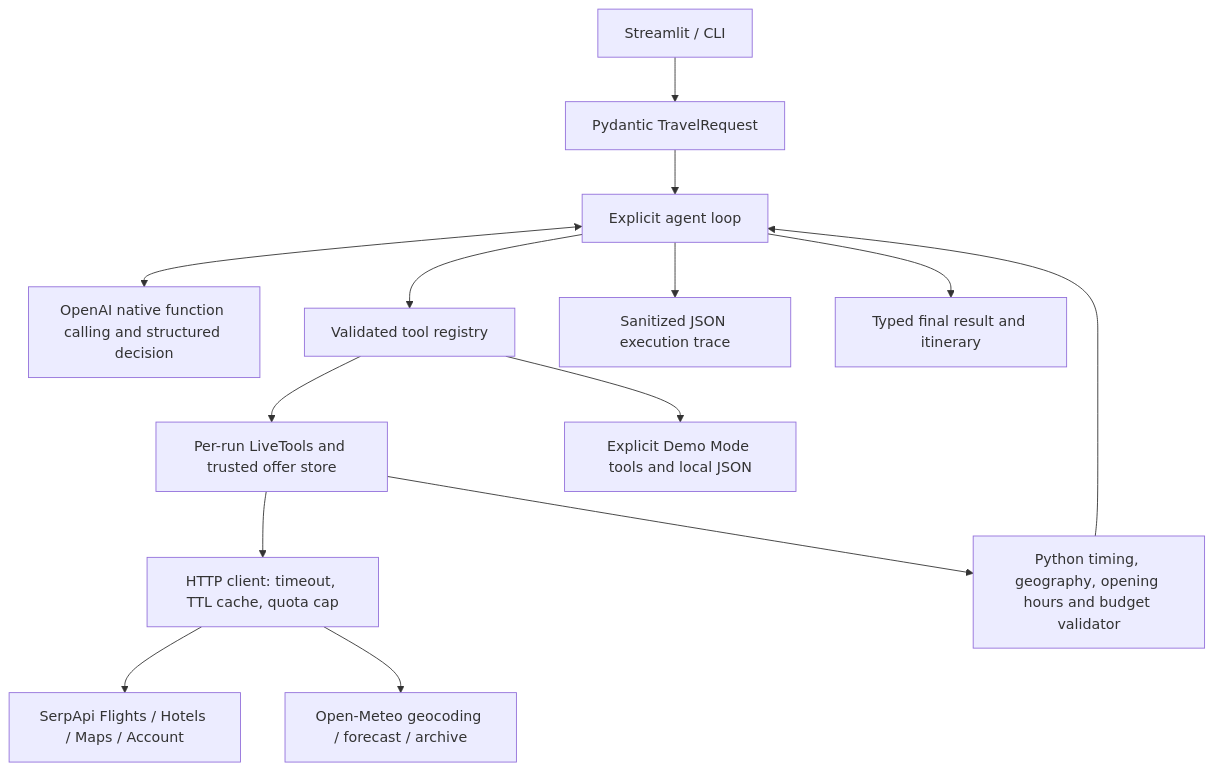
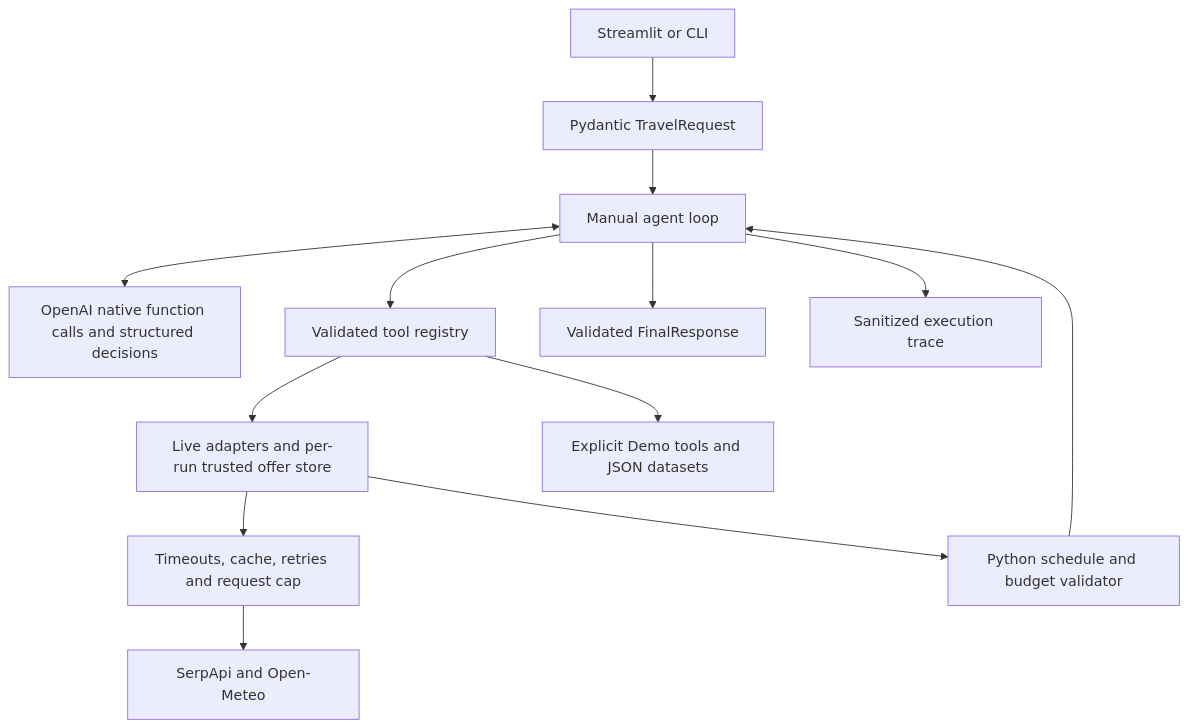
One commit to 02ionova/TripPilot changed the diagram in README.md. Above: the diagram before and after it, drawn with Mermaid. The commit also changed other lines of this file and 7 other files, not shown here.

````diff
--- a/README.md
+++ b/README.md
@@ -34,16 +155,15 @@
 ```mermaid
 flowchart TD
-    UI[Streamlit / CLI] --> Input[Pydantic TravelRequest]
-    Input --> Agent[Explicit agent loop]
-    Agent <--> Model[OpenAI native function calling and structured decision]
-    Agent --> Registry[Validated tool registry]
-    Registry --> Live[Per-run LiveTools and trusted offer store]
-    Live --> Client[HTTP client: timeout, TTL cache, quota cap]
-    Client --> Serp[SerpApi Flights / Hotels / Maps / Account]
-    Client --> Weather[Open-Meteo geocoding / forecast / archive]
-    Live --> Builder[Python timing, geography, opening hours and budget validator]
+    UI[Streamlit or CLI] --> Input[Pydantic TravelRequest]
+    Input --> Agent[Manual agent loop]
+    Agent <--> Model[OpenAI native function calls and structured decisions]
+    Agent --> Tools[Validated tool registry]
+    Tools --> Live[Live adapters and per-run trusted offer store]
+    Live --> HTTP[Timeouts, cache, retries and request cap]
+    HTTP --> APIs[SerpApi and Open-Meteo]
+    Tools --> Demo[Explicit Demo tools and JSON datasets]
+    Live --> Builder[Python schedule and budget validator]
     Builder --> Agent
-    Registry --> Demo[Explicit Demo Mode tools and local JSON]
-    Agent --> Trace[Sanitized JSON execution trace]
-    Agent --> Output[Typed final result and itinerary]
+    Agent --> Output[Validated FinalResponse]
+    Agent --> Trace[Sanitized execution trace]
 ```
````
